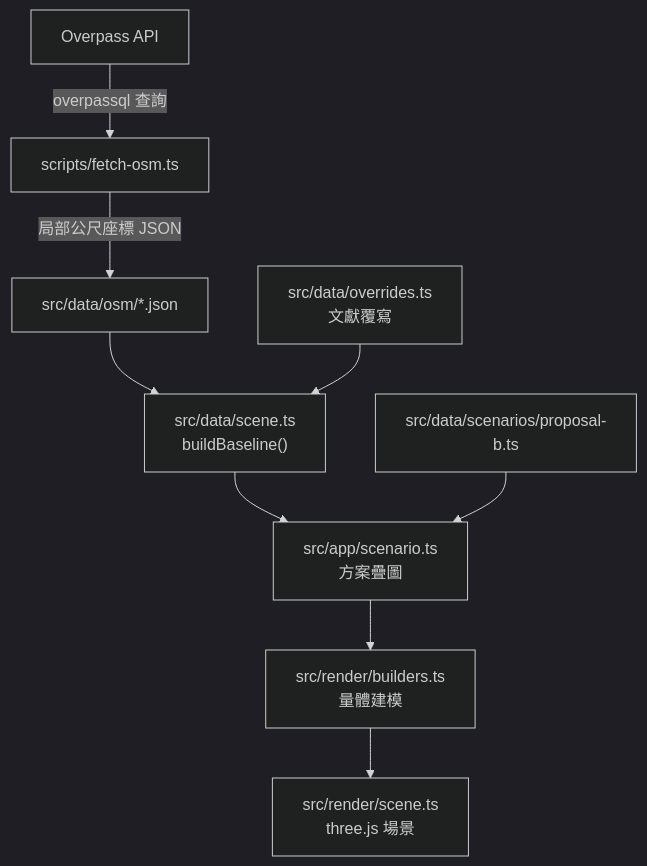
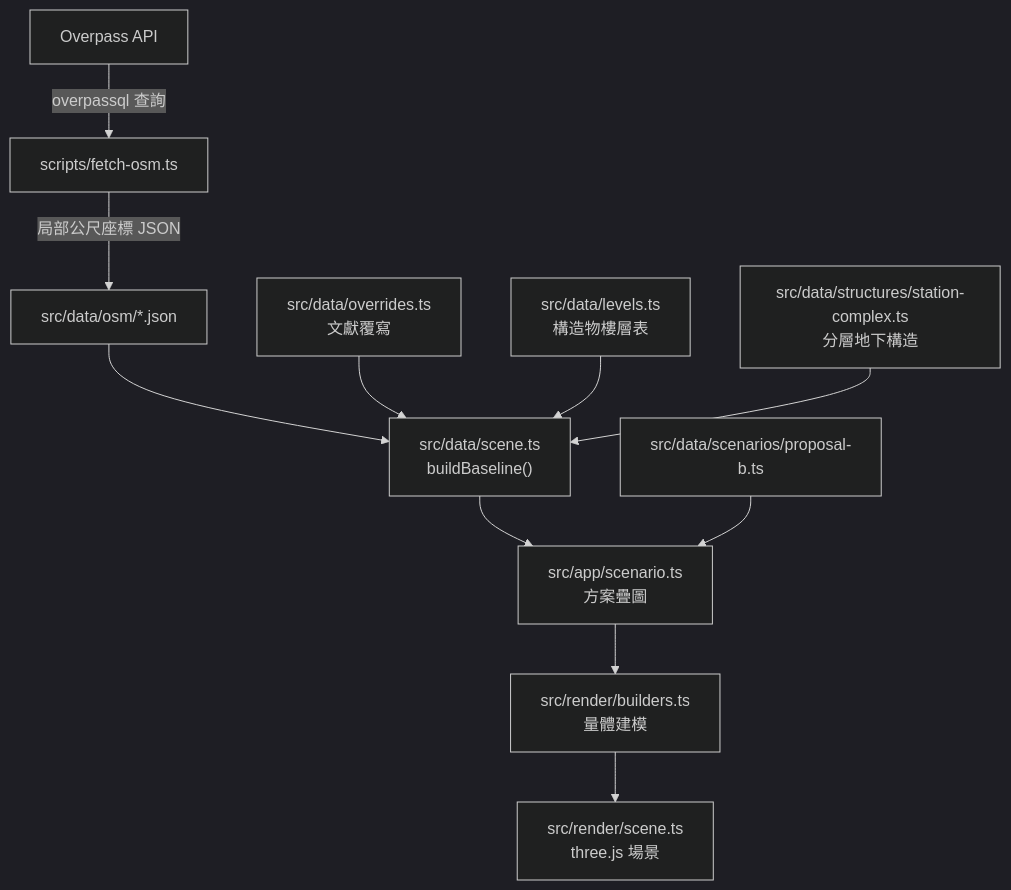
The diagram in docs/architecture.md (rschiang/kitameet), drawn with Mermaid (dark theme) before and after one commit. The commit also changed other lines of this file and 8 other files, not shown here.

````diff
--- a/docs/architecture.md
+++ b/docs/architecture.md
@@ -7,11 +7,13 @@
 ```mermaid
 graph TD
     overpass["Overpass API"] -- "overpassql 查詢" --> fetch["scripts/fetch-osm.ts"]
     fetch -- "局部公尺座標 JSON" --> osm["src/data/osm/*.json"]
     osm --> scene["src/data/scene.ts<br/>buildBaseline()"]
     overrides["src/data/overrides.ts<br/>文獻覆寫"] --> scene
+    levels["src/data/levels.ts<br/>構造物樓層表"] --> scene
+    structures["src/data/structures/station-complex.ts<br/>分層地下構造"] --> scene
     scene --> scenario["src/app/scenario.ts<br/>方案疊圖"]
     proposal["src/data/scenarios/proposal-b.ts"] --> scenario
     scenario --> builders["src/render/builders.ts<br/>量體建模"]
     builders --> viewer["src/render/scene.ts<br/>three.js 場景"]
 ```
````
